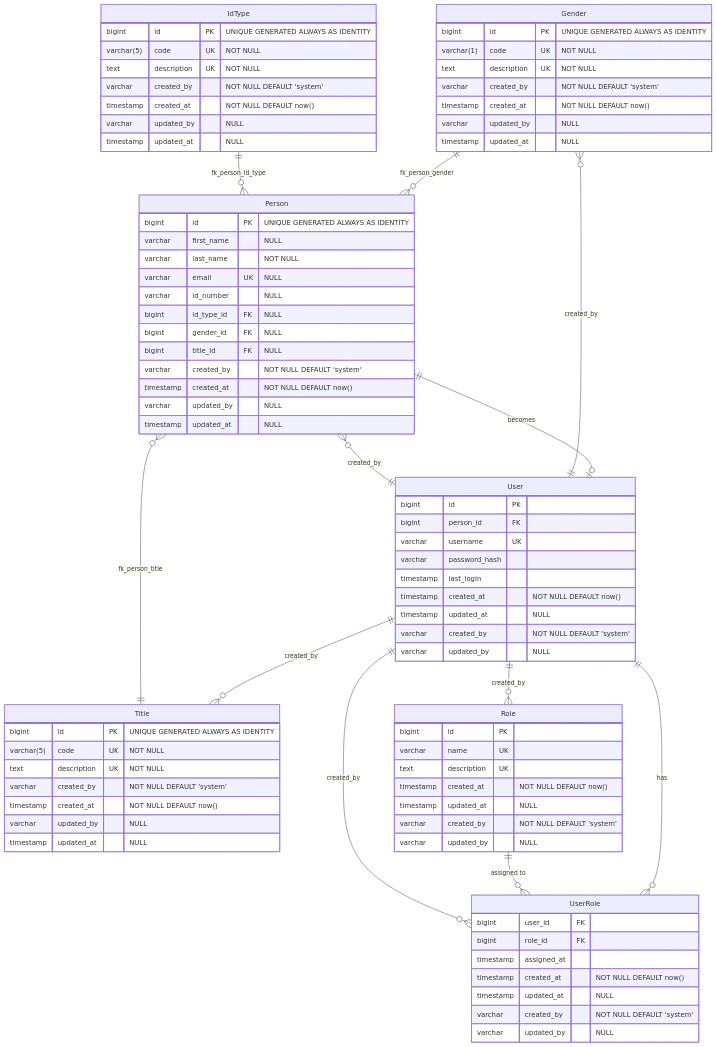
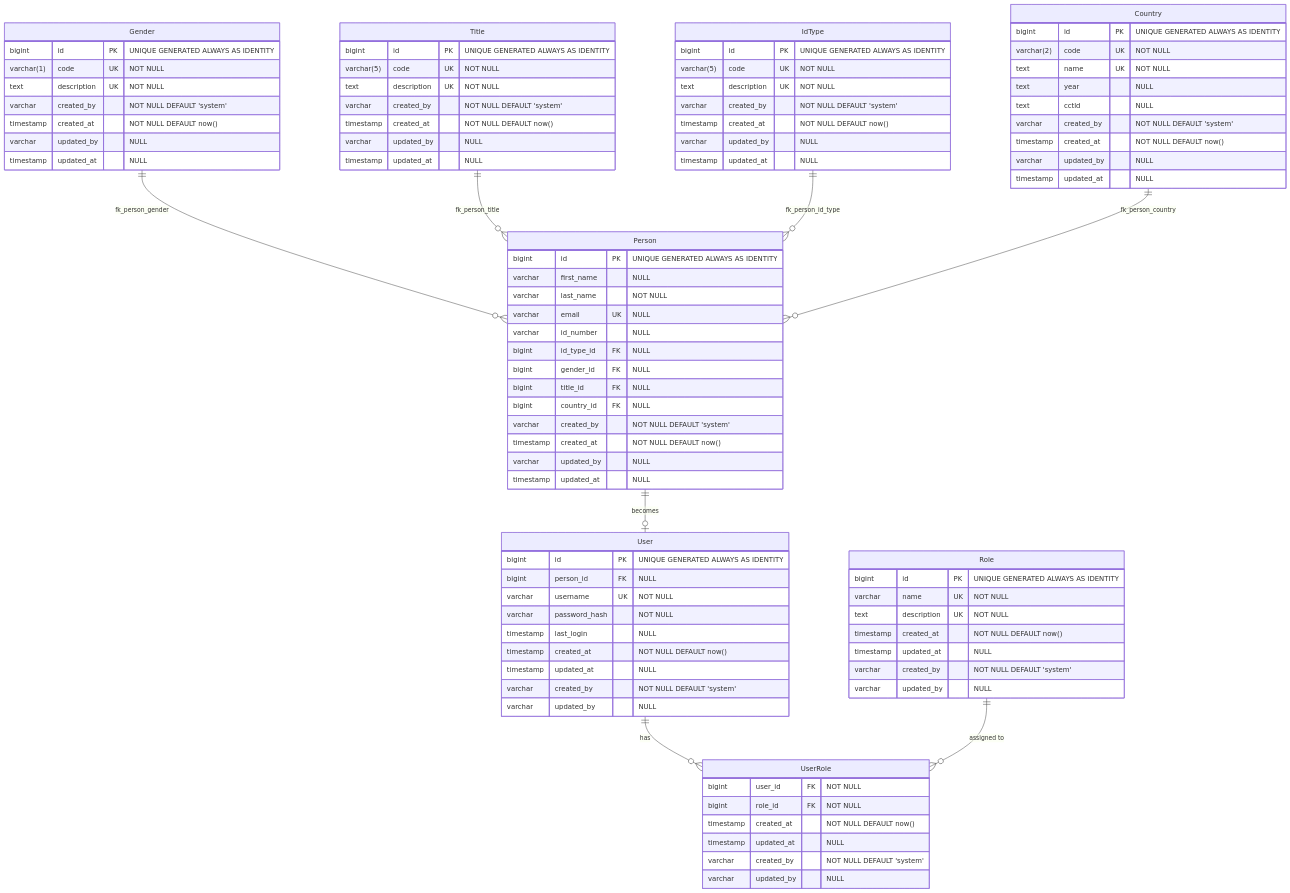
The diagram in docs/DOMAIN_ENTITIES.md (GeraldScott/rescaffold), drawn with Mermaid before and after one commit. The commit also changed other lines of this file and 3 other files, not shown here.

````diff
--- a/docs/DOMAIN_ENTITIES.md
+++ b/docs/DOMAIN_ENTITIES.md
@@ -34,6 +53,18 @@
         timestamp updated_at "NULL"
     }
     
+    Country {
+        bigint id PK "UNIQUE GENERATED ALWAYS AS IDENTITY"
+        varchar(2) code UK "NOT NULL"
+        text name UK "NOT NULL"
+        text year "NULL"
+        text cctld "NULL"
+        varchar created_by "NOT NULL DEFAULT 'system'"
+        timestamp created_at "NOT NULL DEFAULT now()"
+        varchar updated_by "NULL"
+        timestamp updated_at "NULL"
+    }
+    
     Person {
         bigint id PK "UNIQUE GENERATED ALWAYS AS IDENTITY"
         varchar first_name "NULL"
@@ -43,6 +74,7 @@
         bigint id_type_id FK "NULL"
         bigint gender_id FK "NULL"
         bigint title_id FK "NULL"
+        bigint country_id FK "NULL"
         varchar created_by "NOT NULL DEFAULT 'system'"
         timestamp created_at "NOT NULL DEFAULT now()"
         varchar updated_by "NULL"
@@ -50,11 +82,11 @@
     }
     
     User {
-        bigint id PK
-        bigint person_id FK
-        varchar username UK
-        varchar password_hash
-        timestamp last_login
+        bigint id PK "UNIQUE GENERATED ALWAYS AS IDENTITY"
+        bigint person_id FK "NULL"
+        varchar username UK "NOT NULL"
+        varchar password_hash "NOT NULL"
+        timestamp last_login "NULL"
         timestamp created_at "NOT NULL DEFAULT now()"
         timestamp updated_at "NULL"
         varchar created_by "NOT NULL DEFAULT 'system'"
@@ -62,9 +94,9 @@
     }
     
     Role {
-        bigint id PK
-        varchar name UK
-        text description UK
+        bigint id PK "UNIQUE GENERATED ALWAYS AS IDENTITY"
+        varchar name UK "NOT NULL"
+        text description UK "NOT NULL"
         timestamp created_at "NOT NULL DEFAULT now()"
         timestamp updated_at "NULL"
         varchar created_by "NOT NULL DEFAULT 'system'"
@@ -72,9 +104,8 @@
     }
     
     UserRole {
-        bigint user_id FK
-        bigint role_id FK
-        timestamp assigned_at
+        bigint user_id FK "NOT NULL"
+        bigint role_id FK "NOT NULL"
         timestamp created_at "NOT NULL DEFAULT now()"
         timestamp updated_at "NULL"
         varchar created_by "NOT NULL DEFAULT 'system'"
@@ -84,12 +115,8 @@
     Gender ||--o{ Person : "fk_person_gender"
     Title ||--o{ Person : "fk_person_title"
     IdType ||--o{ Person : "fk_person_id_type"
+    Country ||--o{ Person : "fk_person_country"
     Person ||--o| User : "becomes"
     User ||--o{ UserRole : "has"
     Role ||--o{ UserRole : "assigned to"
-    User ||--o{ Gender : "created_by"
-    User ||--o{ Title : "created_by"
-    User ||--o{ Person : "created_by"
-    User ||--o{ Role : "created_by"
-    User ||--o{ UserRole : "created_by"
 ```
````
